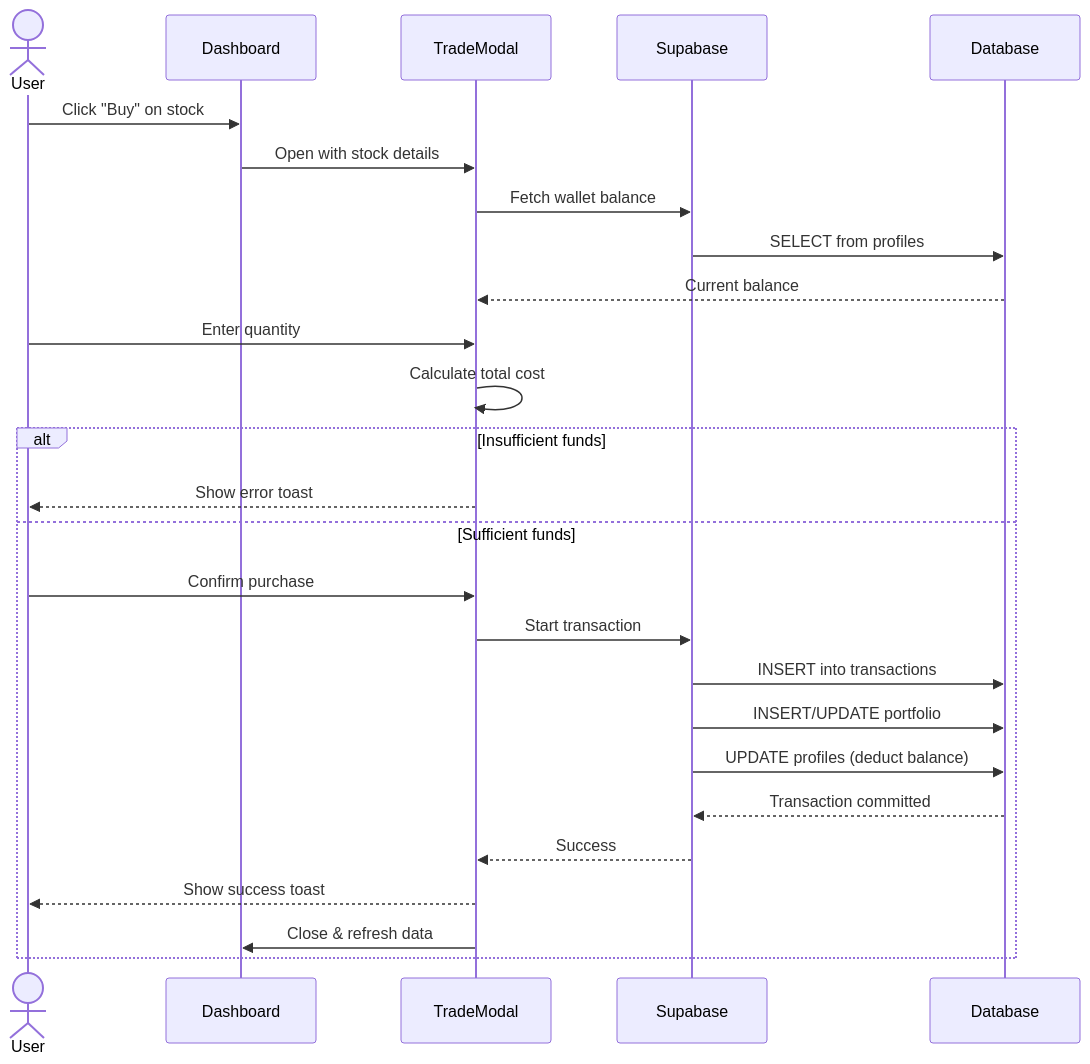
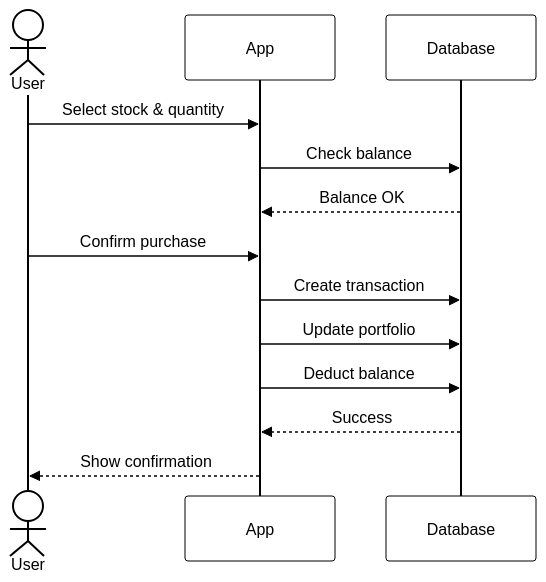
Before and after one commit to shubhamsp012/wallet-stock-quest: the second of 3 diagrams in docs/sequence-diagrams.md, drawn with Mermaid. The commit also changed other lines of this file and 4 other files, not shown here.

Commit message:
Update diagrams for clarity

````diff
--- a/docs/sequence-diagrams.md
+++ b/docs/sequence-diagrams.md
@@ -28,29 +23,17 @@
 ```mermaid
+%%{init: {'theme':'base', 'themeVariables': {'primaryColor':'#fff','primaryTextColor':'#000','primaryBorderColor':'#000','lineColor':'#000','actorBkg':'#fff','actorBorder':'#000','fontSize':'14px'}}}%%
 sequenceDiagram
     actor User
-    participant Dashboard
-    participant TradeModal
-    participant Supabase
+    participant App
     participant Database
     
-    User->>Dashboard: Click "Buy" on stock
-    Dashboard->>TradeModal: Open with stock details
-    TradeModal->>Supabase: Fetch wallet balance
-    Supabase->>Database: SELECT from profiles
-    Database-->>TradeModal: Current balance
-    User->>TradeModal: Enter quantity
-    TradeModal->>TradeModal: Calculate total cost
-    alt Insufficient funds
-        TradeModal-->>User: Show error toast
-    else Sufficient funds
-        User->>TradeModal: Confirm purchase
-        TradeModal->>Supabase: Start transaction
-        Supabase->>Database: INSERT into transactions
-        Supabase->>Database: INSERT/UPDATE portfolio
-        Supabase->>Database: UPDATE profiles (deduct balance)
-        Database-->>Supabase: Transaction committed
-        Supabase-->>TradeModal: Success
-        TradeModal-->>User: Show success toast
-        TradeModal->>Dashboard: Close & refresh data
-    end
+    User->>App: Select stock & quantity
+    App->>Database: Check balance
+    Database-->>App: Balance OK
+    User->>App: Confirm purchase
+    App->>Database: Create transaction
+    App->>Database: Update portfolio
+    App->>Database: Deduct balance
+    Database-->>App: Success
+    App-->>User: Show confirmation
 ```
````
